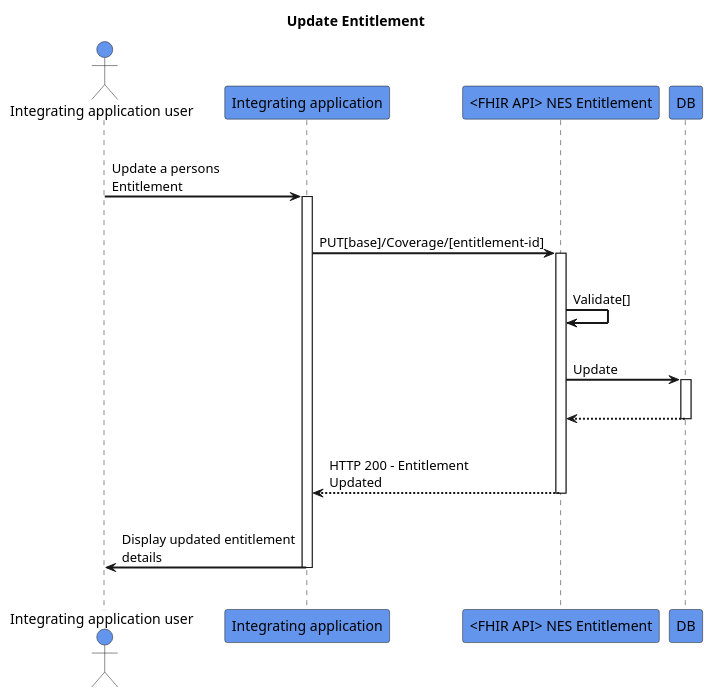
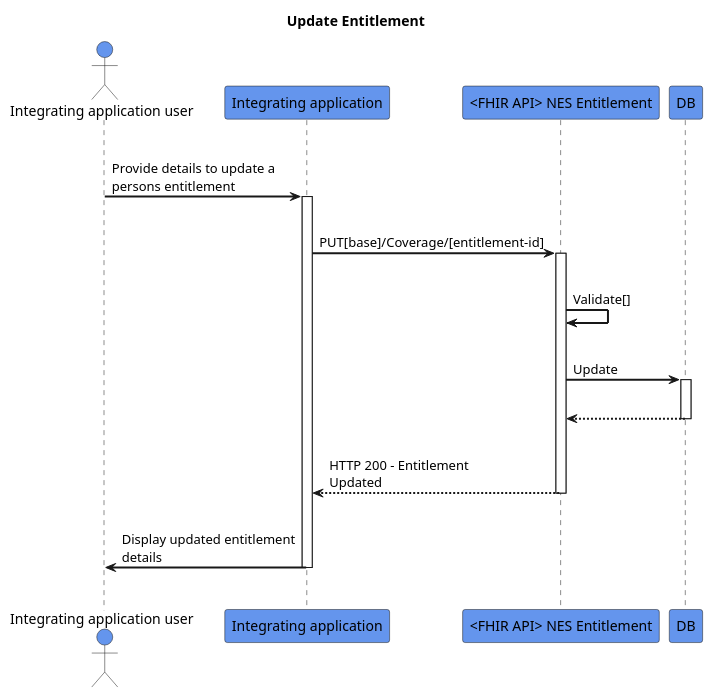
One commit to HL7NZ/nes-ig changed the diagram in input/images-source/update-entitlement.plantuml. Above: the diagram before and after it, drawn with PlantUML.

```diff
--- a/input/images-source/update-entitlement.plantuml
+++ b/input/images-source/update-entitlement.plantuml
@@ -1,32 +1,32 @@
 @startuml
 skinparam sequenceArrowThickness 2
 skinparam roundcorner 5
 skinparam maxmessagesize 180
 skinparam sequenceParticipant bold
 title Update Entitlement
 actor "Integrating application user" as User #CornflowerBlue
 participant "Integrating application" as A #CornflowerBlue
 participant "<FHIR API> NES Entitlement" as B #CornflowerBlue
 participant "DB" as C #CornflowerBlue
 |||
-User -> A: Update a persons Entitlement
+User -> A: Provide details to update a persons entitlement
 activate A
 |||
 A -> B: PUT[base]/Coverage/[entitlement-id]
 activate B
 |||
 B -> B: Validate[]
 |||
 B -> C: Update
 activate C
 |||
 C -[dashed]-> B:  
 deactivate C
 |||
 B -[dashed]-> A: HTTP 200 - Entitlement Updated
 deactivate B
 |||
 A -> User: Display updated entitlement details
 deactivate A
 |||
 @enduml
```
